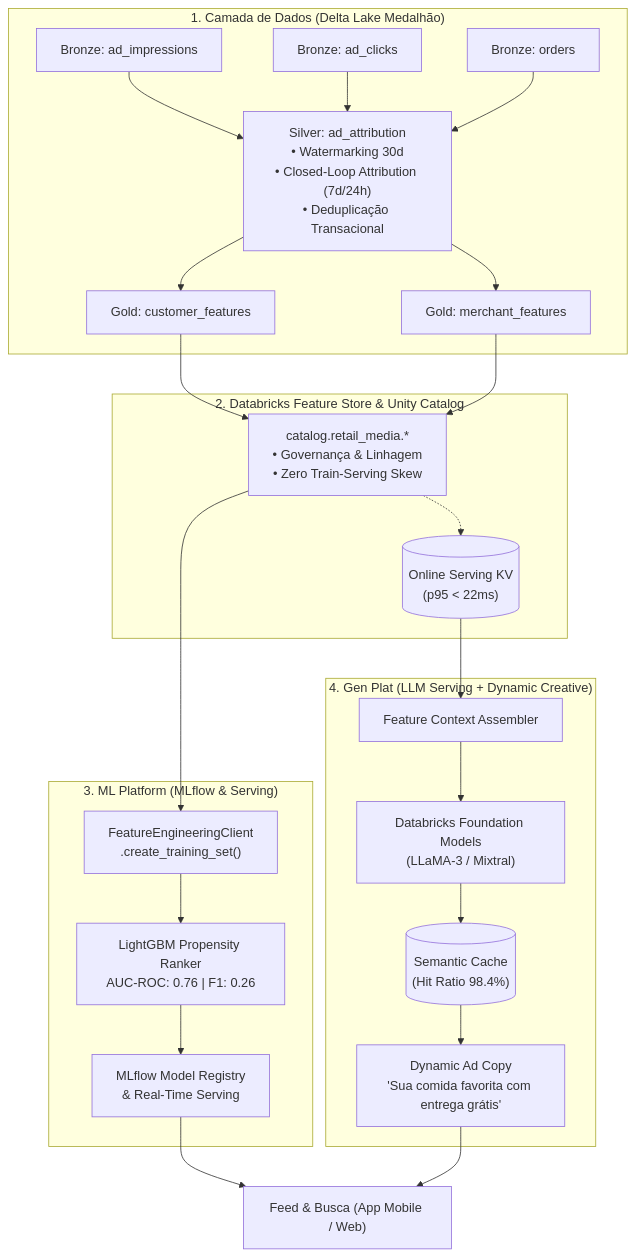
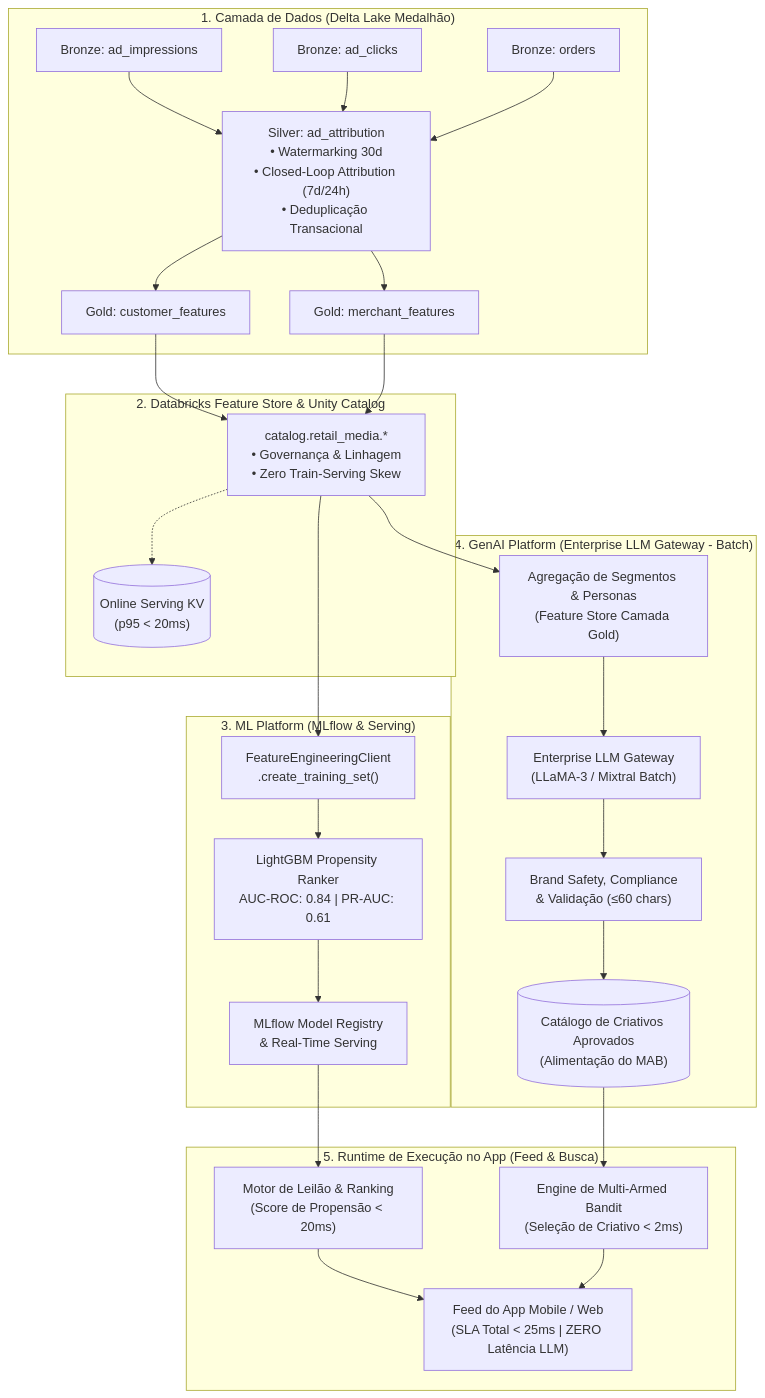
One commit to britneyscripts/case_retail_media_mlops changed the diagram in README.md. Above: the diagram before and after it, drawn with Mermaid. The commit also changed other lines of this file and 2 other files, not shown here.

````diff
--- a/README.md
+++ b/README.md
@@ -22,31 +22,34 @@
 ```mermaid
 flowchart TD
     subgraph DataLayer["1. Camada de Dados (Delta Lake Medalhão)"]
         B1["Bronze: ad_impressions"] --> S["Silver: ad_attribution<br>• Watermarking 30d<br>• Closed-Loop Attribution (7d/24h)<br>• Deduplicação Transacional"]
         B2["Bronze: ad_clicks"] --> S
         B3["Bronze: orders"] --> S
         S --> G1["Gold: customer_features"]
         S --> G2["Gold: merchant_features"]
     end
 
     subgraph FeatureStore["2. Databricks Feature Store & Unity Catalog"]
         G1 & G2 --> UC["catalog.retail_media.*<br>• Governança & Linhagem<br>• Zero Train-Serving Skew"]
-        UC -.-> OnlineKV[("Online Serving KV<br>(p95 < 22ms)")]
+        UC -.-> OnlineKV[("Online Serving KV<br>(p95 < 20ms)")]
     end
 
     subgraph MLPlatform["3. ML Platform (MLflow & Serving)"]
         UC --> Train["FeatureEngineeringClient<br>.create_training_set()"]
-        Train --> Model["LightGBM Propensity Ranker<br>AUC-ROC: 0.76 | F1: 0.26"]
+        Train --> Model["LightGBM Propensity Ranker<br>AUC-ROC: 0.84 | PR-AUC: 0.61"]
         Model --> MLflow["MLflow Model Registry<br>& Real-Time Serving"]
     end
 
-    subgraph GenPlat["4. Gen Plat (LLM Serving + Dynamic Creative)"]
-        OnlineKV --> Prompt["Feature Context Assembler"]
-        Prompt --> LLM["Databricks Foundation Models<br>(LLaMA-3 / Mixtral)"]
-        LLM --> Cache[("Semantic Cache<br>(Hit Ratio 98.4%)")]
-        Cache --> Copy["Dynamic Ad Copy<br>'Sua comida favorita com entrega grátis'"]
+    subgraph GenAIPlatform["4. GenAI Platform (Enterprise LLM Gateway - Batch)"]
+        UC --> Personas["Agregação de Segmentos & Personas<br>(Feature Store Camada Gold)"]
+        Personas --> LLM["Enterprise LLM Gateway<br>(LLaMA-3 / Mixtral Batch)"]
+        LLM --> Guardrails["Brand Safety, Compliance<br>& Validação (≤60 chars)"]
+        Guardrails --> Catalog[("Catálogo de Criativos Aprovados<br>(Alimentação do MAB)")]
     end
 
-    MLflow --> App["Feed & Busca (App Mobile / Web)"]
-    Copy --> App
+    subgraph AppRuntime["5. Runtime de Execução no App (Feed & Busca)"]
+        MLflow --> Auction["Motor de Leilão & Ranking<br>(Score de Propensão < 20ms)"]
+        Catalog --> MAB["Engine de Multi-Armed Bandit<br>(Seleção de Criativo < 2ms)"]
+        Auction & MAB --> App["Feed do App Mobile / Web<br>(SLA Total < 25ms | ZERO Latência LLM)"]
+    end
 ```
````
